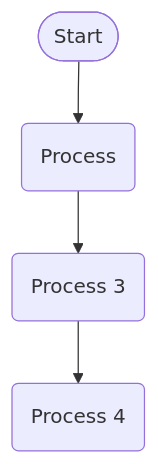
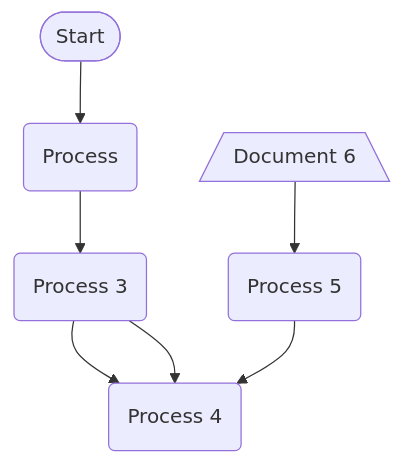
The diagram in mmd/213_c5af034f-6234-41e3-b9bf-ef52cf6f449c.mmd (pingpm/mermaid_vault), drawn with Mermaid before and after one commit. The commit also changed 3 other files, not shown here.

Commit message:
Sync Mermaid Studio data (23 diagrams)

```diff
--- a/mmd/213_c5af034f-6234-41e3-b9bf-ef52cf6f449c.mmd
+++ b/mmd/213_c5af034f-6234-41e3-b9bf-ef52cf6f449c.mmd
@@ -1,8 +1,13 @@
 flowchart TD
   n_0(["Start"])
   n_1("Process")
   n_2("Process 3")
   n_3("Process 4")
+  n_4("Process 5")
+  n_5[/"Document 6"\]
   n_0 --> n_1
   n_2 --> n_3
+  n_4 --> n_3
+  n_5 --> n_4
+  n_2 --> n_3
   n_1 --> n_2
```
